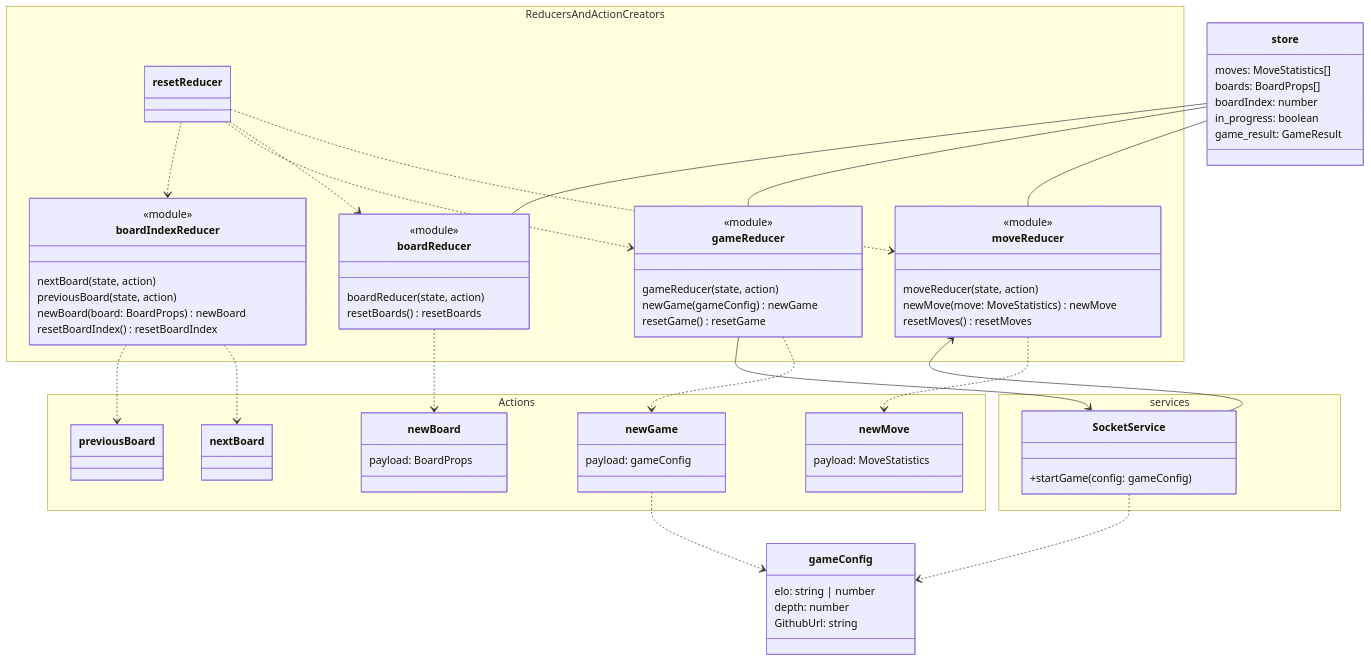
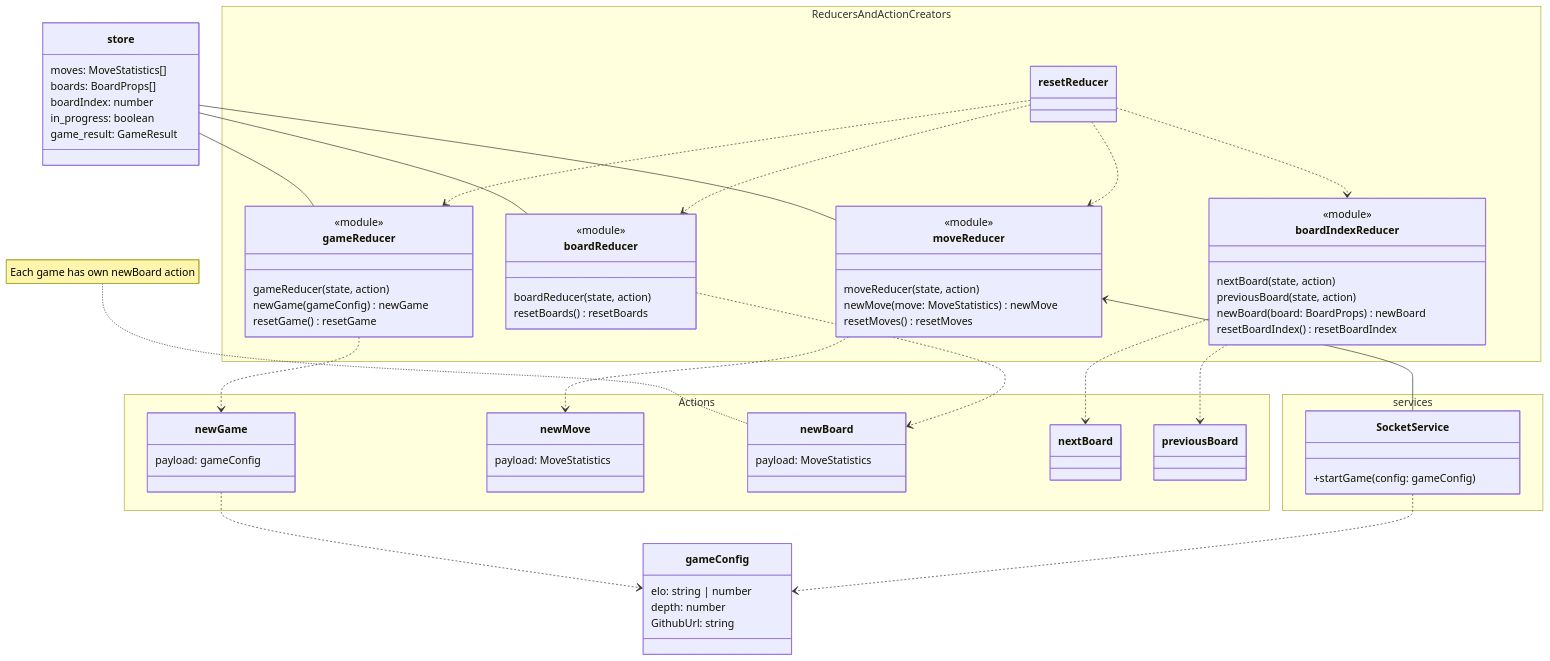
Before and after one commit to game-ai-platform-team/tira-ai-platform: the fifth of 5 diagrams in docs/architecture.md, drawn with Mermaid.

Commit message:
docs: Update architecture

```diff
--- a/docs/architecture.md
+++ b/docs/architecture.md
@@ -267,7 +267,6 @@
 boardReducer ..> newBoard
 newGame ..> gameConfig
 
-gameReducer --> SocketService
 moveReducer <-- SocketService
 
 boardIndexReducer ..> nextBoard
@@ -279,6 +278,8 @@
 resetReducer ..> boardReducer
 resetReducer ..> gameReducer
 resetReducer ..> boardIndexReducer
+
+note for newBoard "Each game has own newBoard action"
 
 namespace services {
     class SocketService {
@@ -340,7 +341,7 @@
     }
 
     class newBoard {
-        payload: BoardProps
+        payload: MoveStatistics
     }
 
     class newGame {
```
